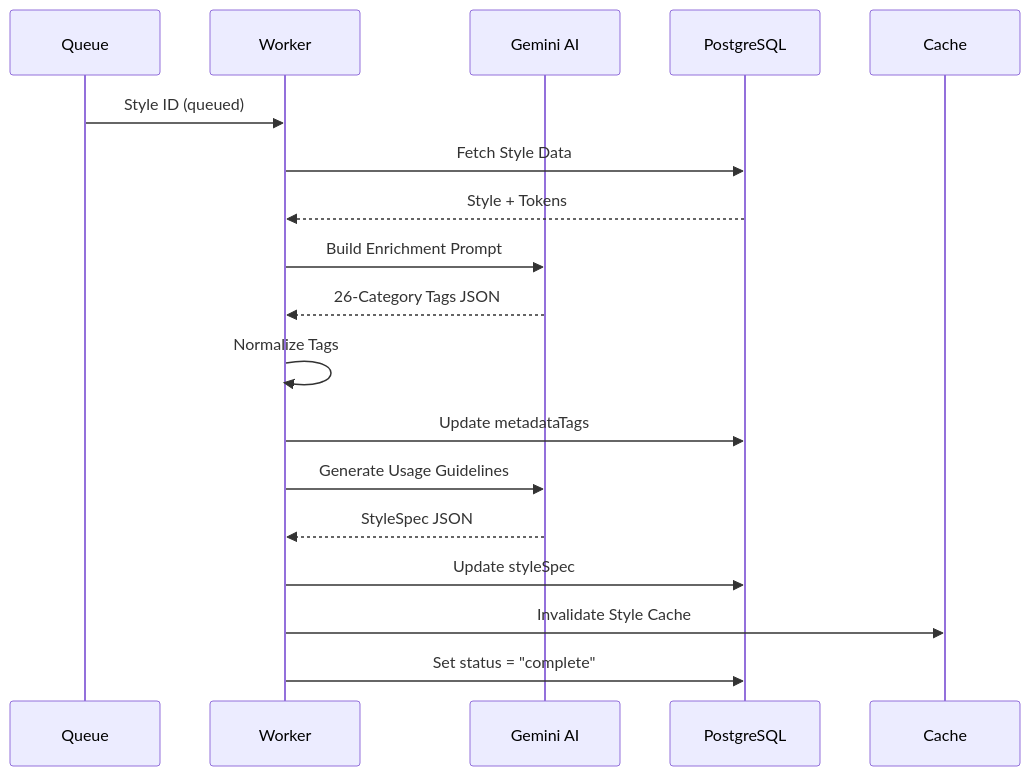
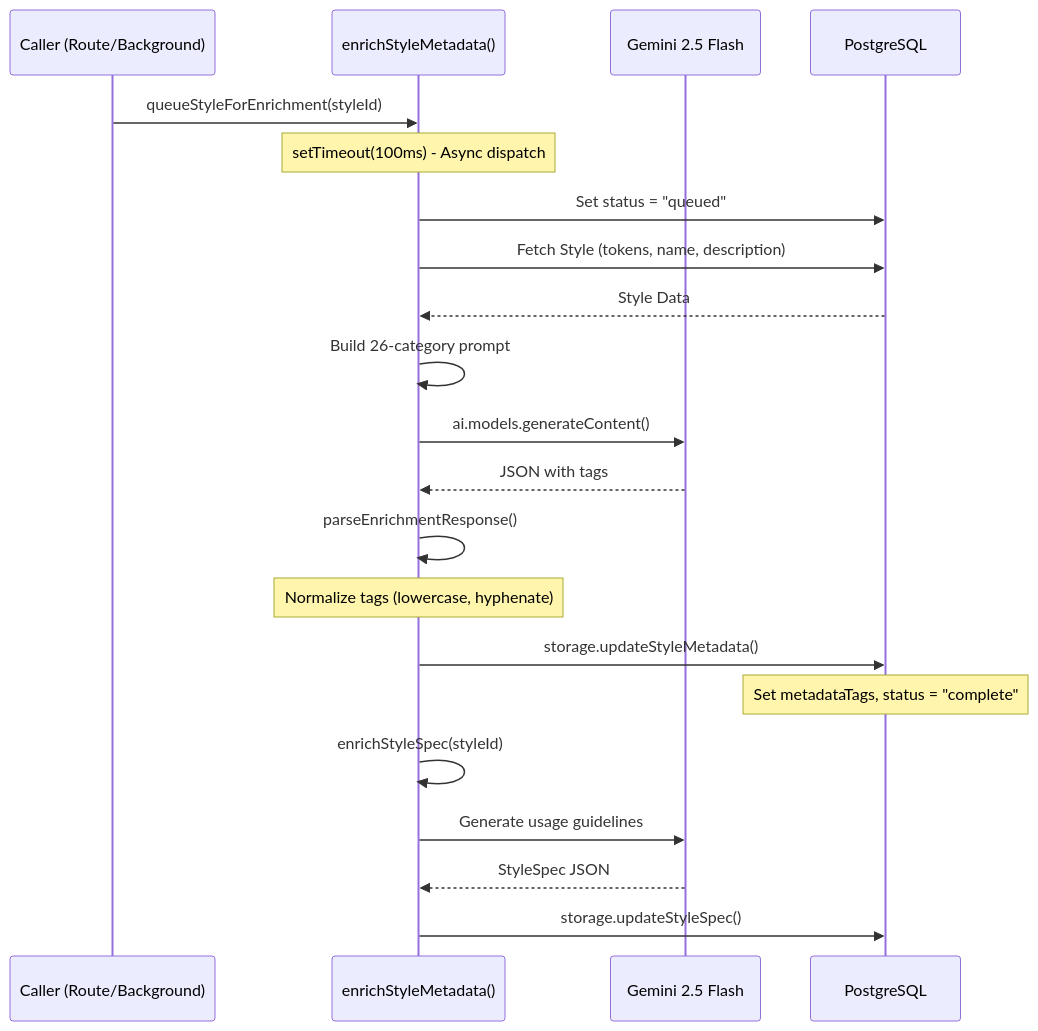
Before and after one commit to joshband/Style-Vault: the third of 5 diagrams in docs/TECHNICAL_SPECIFICATION.md, drawn with Mermaid. The commit also changed other lines of this file and 1 other file, not shown here.

First line of the commit message:
Update technical specification with accurate style creation flow

````diff
--- a/docs/TECHNICAL_SPECIFICATION.md
+++ b/docs/TECHNICAL_SPECIFICATION.md
@@ -161,25 +180,30 @@
 ```mermaid
 sequenceDiagram
-    participant Q as Queue
-    participant W as Worker
-    participant AI as Gemini AI
+    participant Caller as Caller (Route/Background)
+    participant Enrich as enrichStyleMetadata()
+    participant AI as Gemini 2.5 Flash
     participant DB as PostgreSQL
-    participant Cache as Cache
 
-    Q->>W: Style ID (queued)
-    W->>DB: Fetch Style Data
-    DB-->>W: Style + Tokens
+    Caller->>Enrich: queueStyleForEnrichment(styleId)
+    Note over Enrich: setTimeout(100ms) - Async dispatch
+    Enrich->>DB: Set status = "queued"
     
-    W->>AI: Build Enrichment Prompt
-    AI-->>W: 26-Category Tags JSON
+    Enrich->>DB: Fetch Style (tokens, name, description)
+    DB-->>Enrich: Style Data
     
-    W->>W: Normalize Tags
-    W->>DB: Update metadataTags
+    Enrich->>Enrich: Build 26-category prompt
+    Enrich->>AI: ai.models.generateContent()
+    AI-->>Enrich: JSON with tags
     
-    W->>AI: Generate Usage Guidelines
-    AI-->>W: StyleSpec JSON
+    Enrich->>Enrich: parseEnrichmentResponse()
+    Note over Enrich: Normalize tags (lowercase, hyphenate)
     
-    W->>DB: Update styleSpec
-    W->>Cache: Invalidate Style Cache
-    W->>DB: Set status = "complete"
+    Enrich->>DB: storage.updateStyleMetadata()
+    Note over DB: Set metadataTags, status = "complete"
+    
+    Enrich->>Enrich: enrichStyleSpec(styleId)
+    Enrich->>AI: Generate usage guidelines
+    AI-->>Enrich: StyleSpec JSON
+    
+    Enrich->>DB: storage.updateStyleSpec()
 ```
````
